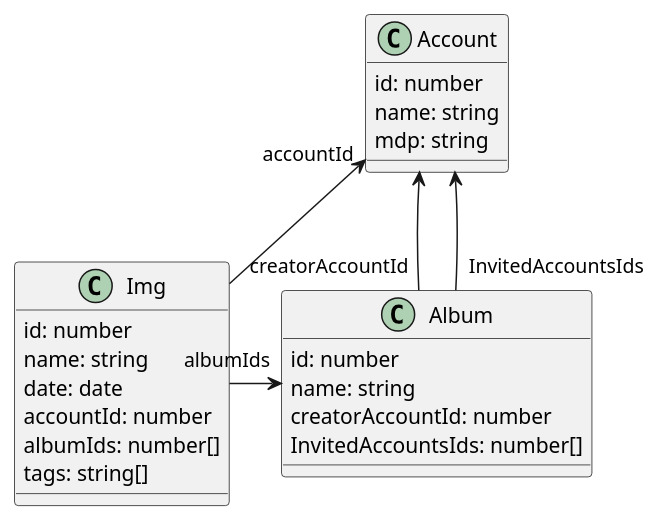
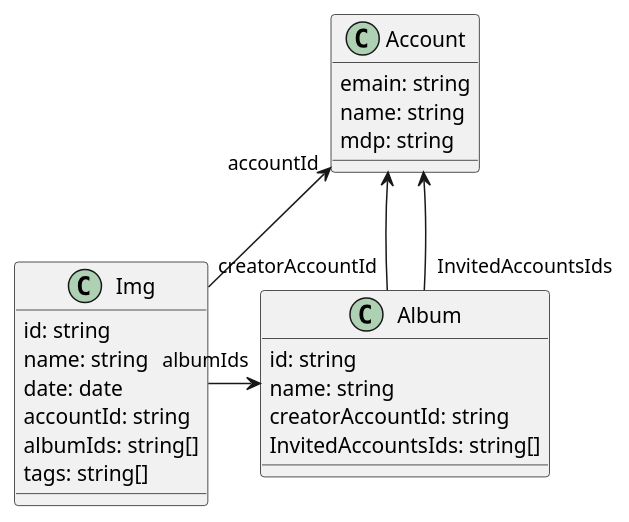
One commit to YvanDesPatates/IA_what_s_in_pic changed the diagram in doc/diagram_uml.plantuml. Above: the diagram before and after it, drawn with PlantUML.

```diff
--- a/doc/diagram_uml.plantuml
+++ b/doc/diagram_uml.plantuml
@@ -1,28 +1,28 @@
 @startuml
 class Account{
-id: number
+emain: string
 name: string
 mdp: string
 }
 
 class Img{
-id: number
+id: string
 name: string
 date: date
-accountId: number
-albumIds: number[]
+accountId: string
+albumIds: string[]
 tags: string[]
 }
 
 class Album{
-id: number
+id: string
 name: string
-creatorAccountId: number
-InvitedAccountsIds: number[]
+creatorAccountId: string
+InvitedAccountsIds: string[]
 }
 
 Img -up->"accountId" Account
 Album "creatorAccountId"-> Account
 Album "InvitedAccountsIds"-> Account
 Img ->"albumIds" Album
 @enduml
```
